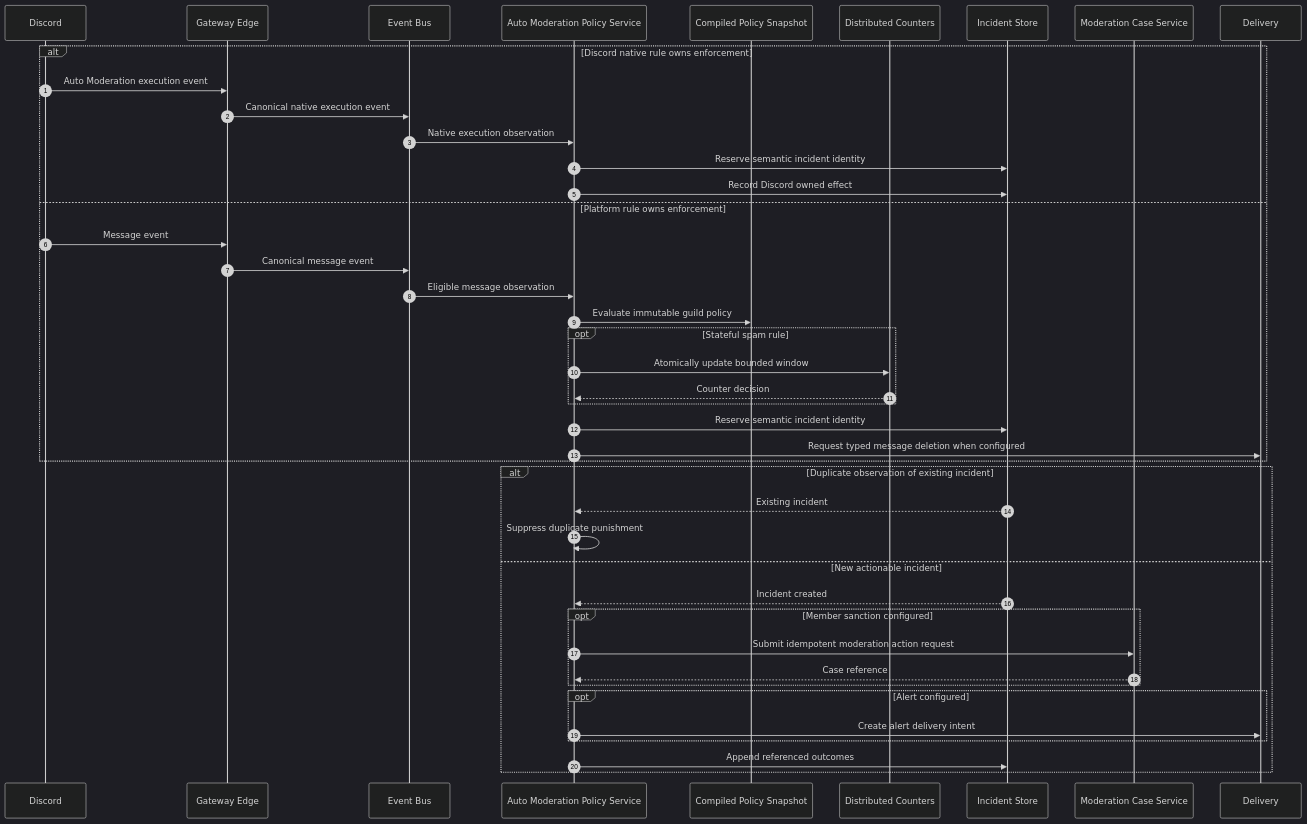
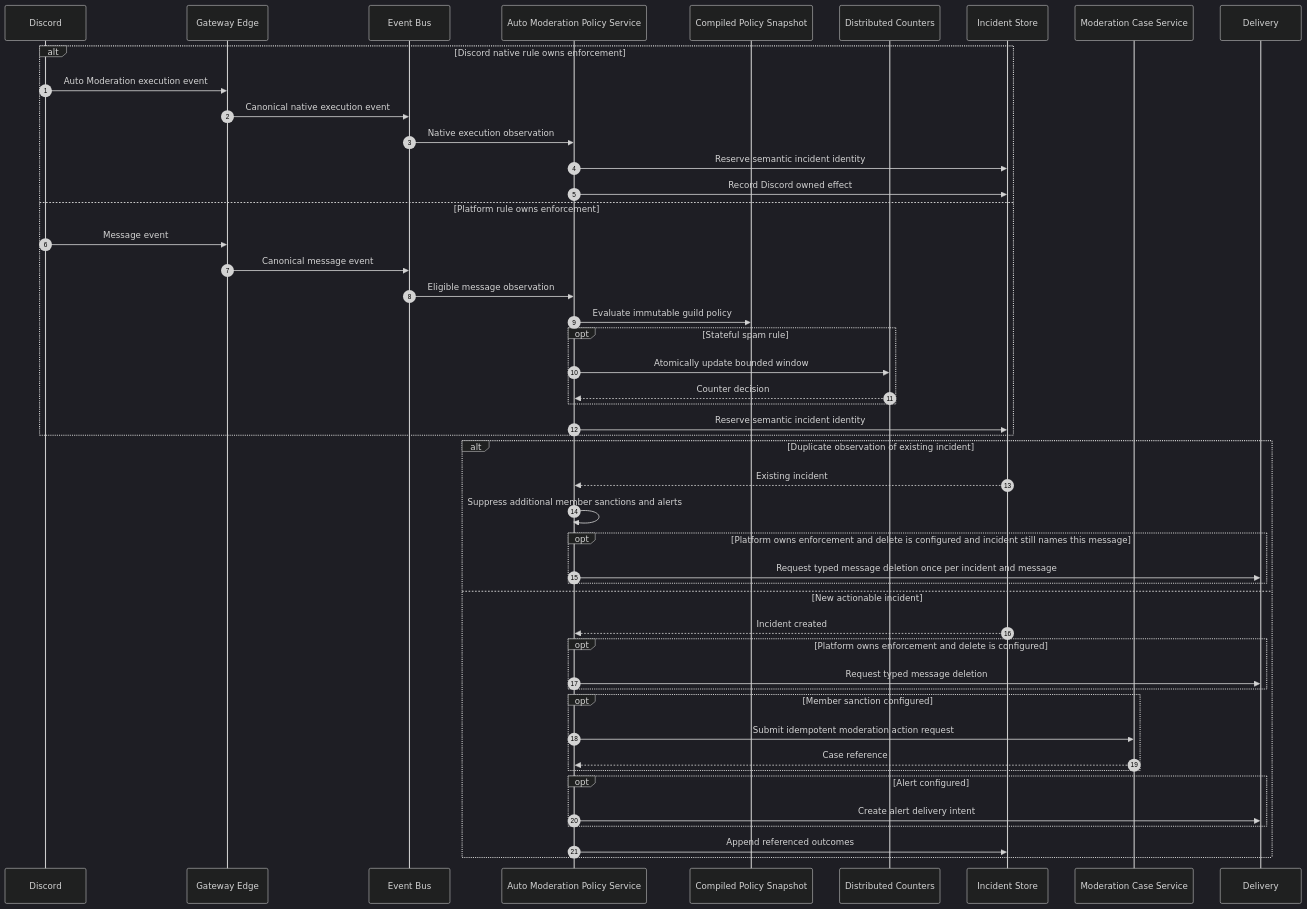
Before and after one commit to obsidia-systems/Discord-Bot-Open-Source: diagram 11 of 54 in docs/architecture/04-runtime-flows.md, drawn with Mermaid (dark theme). The commit also changed other lines of this file and 27 other files, not shown here.

First line of the commit message:
feat(architecture): add comprehensive architecture review documentation

````diff
--- a/docs/architecture/04-runtime-flows.md
+++ b/docs/architecture/04-runtime-flows.md
@@ -341,47 +380,52 @@
 ```mermaid
 sequenceDiagram
     autonumber
     participant Discord
     participant Gateway as Gateway Edge
     participant Bus as Event Bus
     participant AutoMod as Auto Moderation Policy Service
     participant Snapshot as Compiled Policy Snapshot
     participant Counters as Distributed Counters
     participant Store as Incident Store
     participant Cases as Moderation Case Service
     participant Delivery
 
     alt Discord native rule owns enforcement
         Discord->>Gateway: Auto Moderation execution event
         Gateway->>Bus: Canonical native execution event
         Bus->>AutoMod: Native execution observation
         AutoMod->>Store: Reserve semantic incident identity
         AutoMod->>Store: Record Discord owned effect
     else Platform rule owns enforcement
         Discord->>Gateway: Message event
         Gateway->>Bus: Canonical message event
         Bus->>AutoMod: Eligible message observation
         AutoMod->>Snapshot: Evaluate immutable guild policy
         opt Stateful spam rule
             AutoMod->>Counters: Atomically update bounded window
             Counters-->>AutoMod: Counter decision
         end
         AutoMod->>Store: Reserve semantic incident identity
-        AutoMod->>Delivery: Request typed message deletion when configured
     end
 
     alt Duplicate observation of existing incident
         Store-->>AutoMod: Existing incident
-        AutoMod->>AutoMod: Suppress duplicate punishment
+        AutoMod->>AutoMod: Suppress additional member sanctions and alerts
+        opt Platform owns enforcement and delete is configured and incident still names this message
+            AutoMod->>Delivery: Request typed message deletion once per incident and message
+        end
     else New actionable incident
         Store-->>AutoMod: Incident created
+        opt Platform owns enforcement and delete is configured
+            AutoMod->>Delivery: Request typed message deletion
+        end
         opt Member sanction configured
             AutoMod->>Cases: Submit idempotent moderation action request
             Cases-->>AutoMod: Case reference
         end
         opt Alert configured
             AutoMod->>Delivery: Create alert delivery intent
         end
         AutoMod->>Store: Append referenced outcomes
     end
 ```
````
